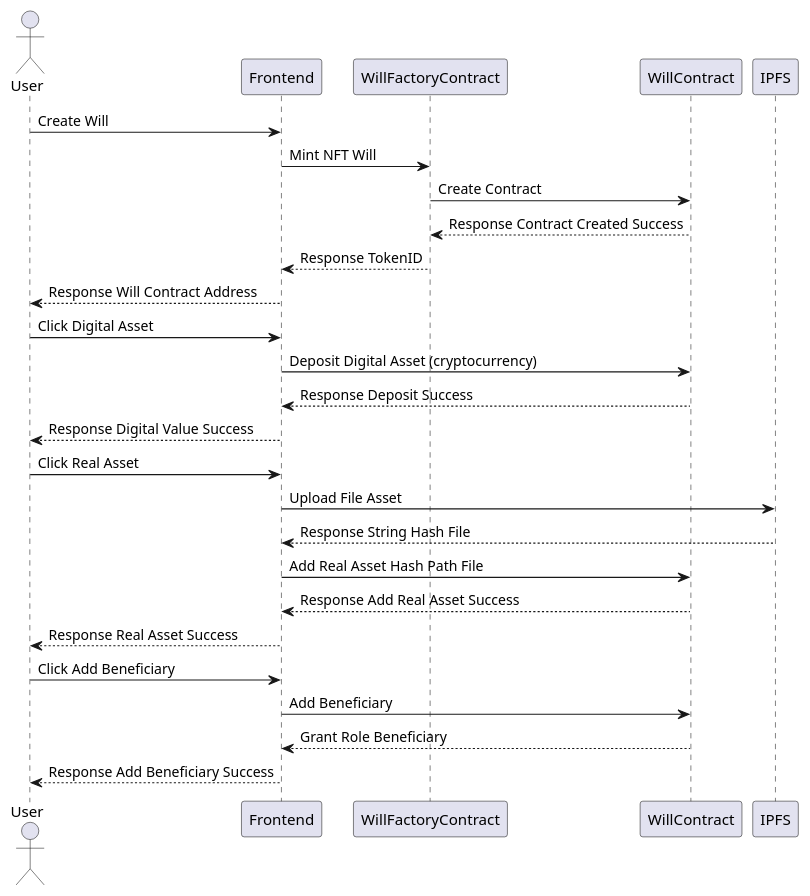
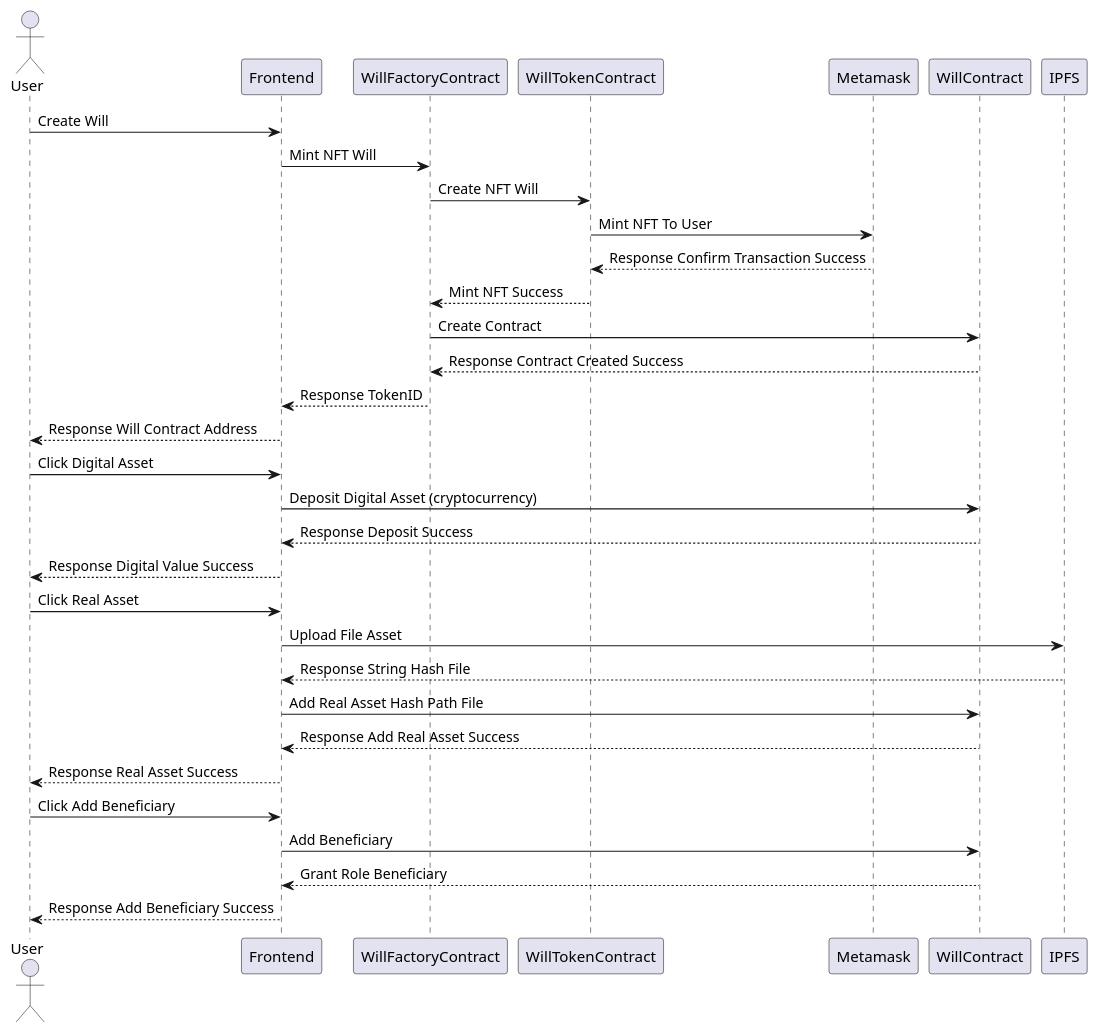
The diagram in uml/createWill.puml (nitirod1/will), drawn with PlantUML before and after one commit. The commit also changed 8 other files, not shown here.

Commit message:
update uml and deposit digital

```diff
--- a/uml/createWill.puml
+++ b/uml/createWill.puml
@@ -1,26 +1,30 @@
 @startuml
 actor User 
 
 User -> Frontend : Create Will
 Frontend -> WillFactoryContract: Mint NFT Will
+WillFactoryContract -> WillTokenContract : Create NFT Will
+WillTokenContract -> Metamask : Mint NFT To User
+Metamask --> WillTokenContract : Response Confirm Transaction Success
+WillTokenContract --> WillFactoryContract : Mint NFT Success
 WillFactoryContract -> WillContract : Create Contract
 WillContract --> WillFactoryContract : Response Contract Created Success
 WillFactoryContract --> Frontend : Response TokenID 
 Frontend --> User : Response Will Contract Address
 User -> Frontend : Click Digital Asset
 Frontend -> WillContract : Deposit Digital Asset (cryptocurrency)
 WillContract --> Frontend : Response Deposit Success
 Frontend --> User : Response Digital Value Success
 User -> Frontend : Click Real Asset
 Frontend -> IPFS: Upload File Asset
 IPFS --> Frontend : Response String Hash File
 Frontend -> WillContract : Add Real Asset Hash Path File 
 WillContract --> Frontend : Response Add Real Asset Success
 Frontend --> User : Response Real Asset Success
 User -> Frontend : Click Add Beneficiary
 Frontend -> WillContract : Add Beneficiary
 WillContract --> Frontend : Grant Role Beneficiary
 Frontend --> User: Response Add Beneficiary Success
 
 
 @enduml
```
